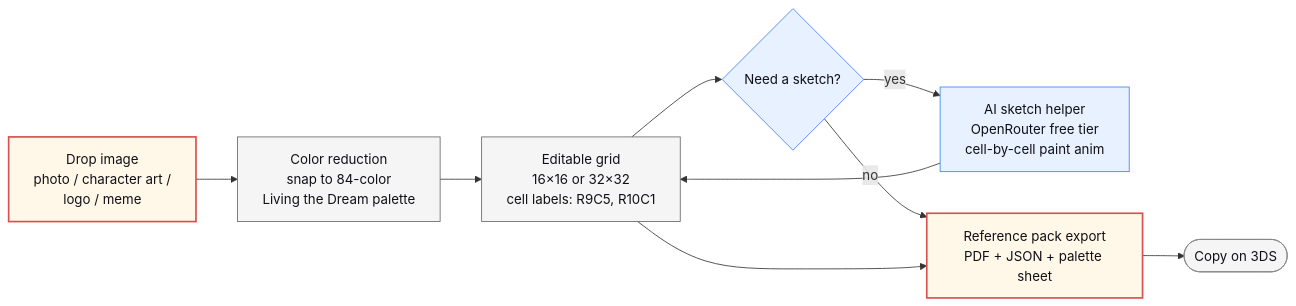
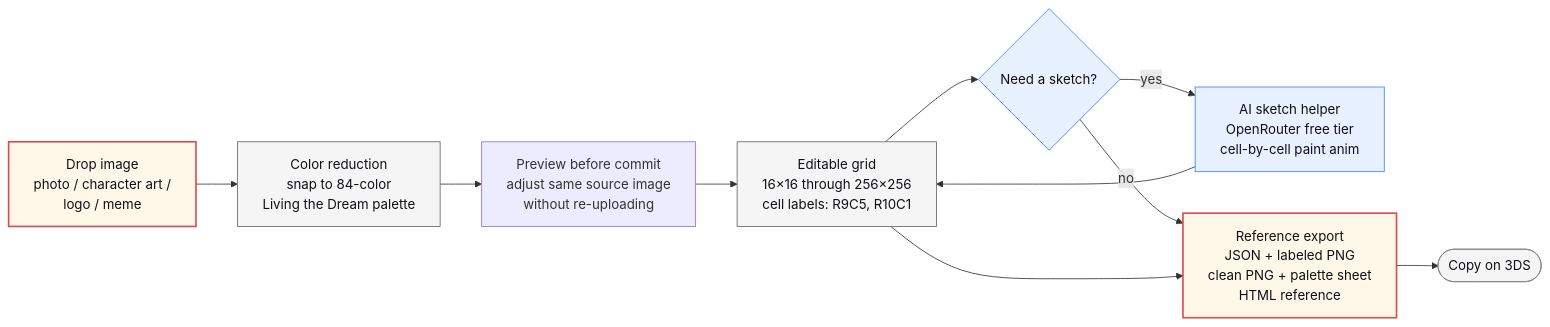
Before and after one commit to RazonIn4K/Mii-pixelart: the second of 2 diagrams in living-the-grid-studio/README.md, drawn with Mermaid. The commit also changed other lines of this file and 3 other files, not shown here.

````diff
--- a/living-the-grid-studio/README.md
+++ b/living-the-grid-studio/README.md
@@ -80,20 +83,21 @@
 ```mermaid
 flowchart LR
     IMG[Drop image<br/>photo / character art /<br/>logo / meme] --> QUANT[Color reduction<br/>snap to 84-color<br/>Living the Dream palette]
-    QUANT --> GRID[Editable grid<br/>16×16 or 32×32<br/>cell labels: R9C5, R10C1]
+    QUANT --> PREVIEW[Preview before commit<br/>adjust same source image<br/>without re-uploading]
+    PREVIEW --> GRID[Editable grid<br/>16×16 through 256×256<br/>cell labels: R9C5, R10C1]
     GRID --> AI{Need a sketch?}
     AI -- yes --> SKETCH[AI sketch helper<br/>OpenRouter free tier<br/>cell-by-cell paint anim]
     SKETCH --> GRID
-    AI -- no --> EXPORT[Reference pack export<br/>PDF + JSON + palette sheet]
+    AI -- no --> EXPORT[Reference export<br/>JSON + labeled PNG<br/>clean PNG + palette sheet<br/>HTML reference]
     GRID --> EXPORT
     EXPORT --> COPY([Copy on 3DS])
 
     classDef io fill:#fff7e8,stroke:#d94f4f,color:#101016,stroke-width:2px
     classDef step fill:#f5f5f5,stroke:#666,color:#101016
     classDef ai fill:#e8f1ff,stroke:#3b82f6,color:#101016
     classDef terminal fill:#f5f5f5,stroke:#888,color:#101016
     class IMG,EXPORT io
     class QUANT,GRID step
     class AI,SKETCH ai
     class COPY terminal
 ```
````
